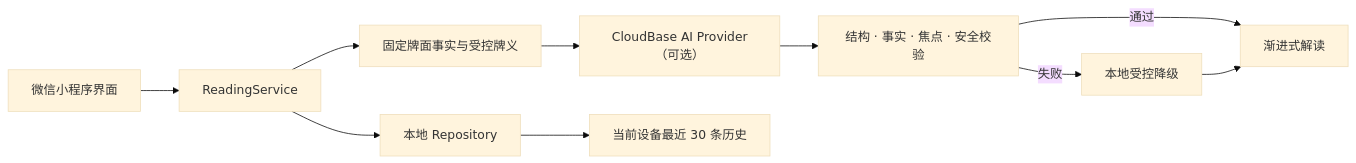
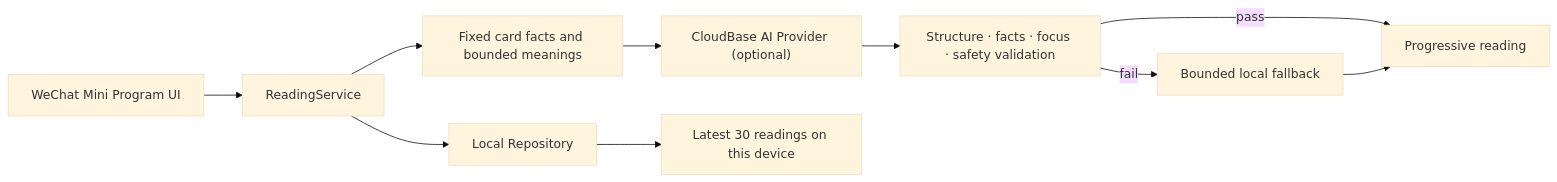
Before and after one commit to chenzhiyong1994/arcana-mirror: the diagram in README.md, drawn with Mermaid (base theme). The commit also changed other lines of this file and 1 other file, not shown here.

````diff
--- a/README.md
+++ b/README.md
@@ -69,12 +73,12 @@
-```mermaid
+~~~mermaid
 flowchart LR
-    UI["微信小程序界面"] --> RS["ReadingService"]
-    RS --> REPO["本地 Repository"]
-    RS --> FACTS["固定牌面事实与受控牌义"]
-    FACTS --> AI["CloudBase AI Provider（可选）"]
-    AI --> CHECK["结构 · 事实 · 焦点 · 安全校验"]
-    CHECK -->|通过| VIEW["渐进式解读"]
-    CHECK -->|失败| FALLBACK["本地受控降级"]
+    UI["WeChat Mini Program UI"] --> RS["ReadingService"]
+    RS --> REPO["Local Repository"]
+    RS --> FACTS["Fixed card facts and bounded meanings"]
+    FACTS --> AI["CloudBase AI Provider (optional)"]
+    AI --> CHECK["Structure · facts · focus · safety validation"]
+    CHECK -->|pass| VIEW["Progressive reading"]
+    CHECK -->|fail| FALLBACK["Bounded local fallback"]
     FALLBACK --> VIEW
-    REPO --> HISTORY["当前设备最近 30 条历史"]
-```
+    REPO --> HISTORY["Latest 30 readings on this device"]
+~~~
````
